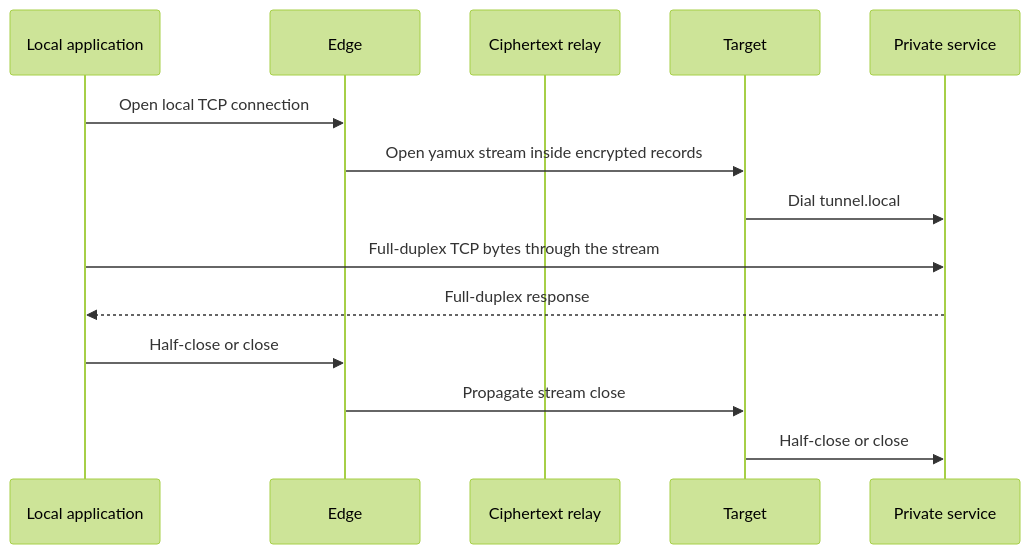
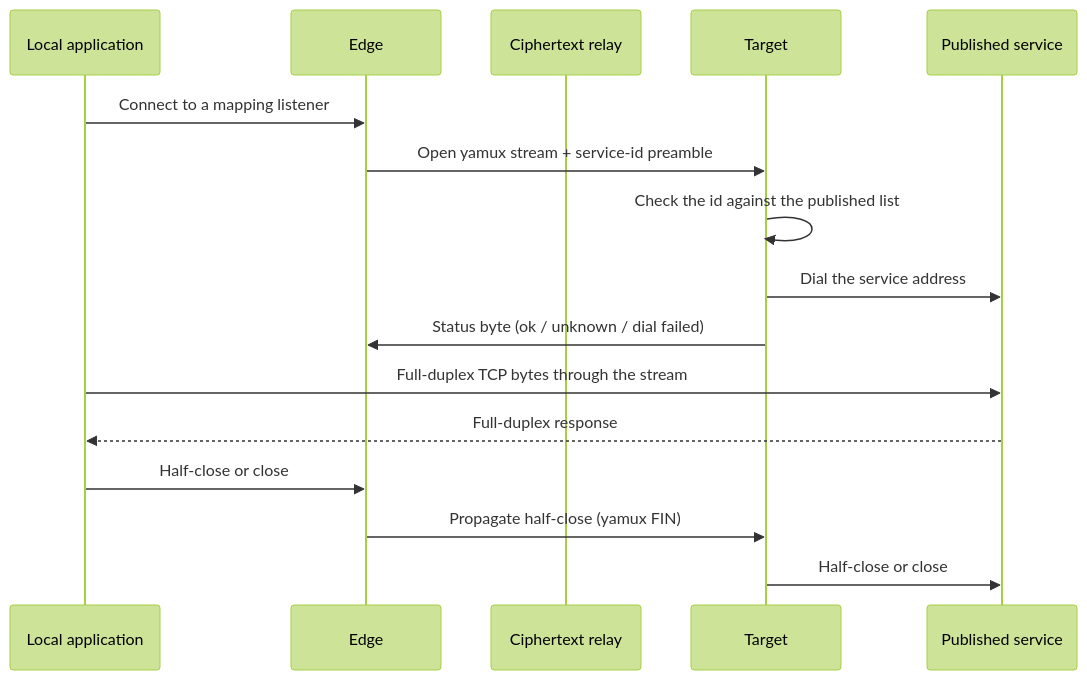
The fourth of 4 diagrams in docs/architecture.md (suifei/molex), drawn with Mermaid (forest theme) before and after one commit. The commit also changed other lines of this file and 71 other files, not shown here.

First line of the commit message:
Release MoleX v0.4.0 with the v2 token-group architecture.

````diff
--- a/docs/architecture.md
+++ b/docs/architecture.md
@@ -144,17 +144,19 @@
 ```mermaid
 sequenceDiagram
     participant A as Local application
     participant E as Edge
     participant R as Ciphertext relay
     participant T as Target
-    participant S as Private service
+    participant S as Published service
 
-    A->>E: Open local TCP connection
-    E->>T: Open yamux stream inside encrypted records
-    T->>S: Dial tunnel.local
+    A->>E: Connect to a mapping listener
+    E->>T: Open yamux stream + service-id preamble
+    T->>T: Check the id against the published list
+    T->>S: Dial the service address
+    T->>E: Status byte (ok / unknown / dial failed)
     A->>S: Full-duplex TCP bytes through the stream
     S-->>A: Full-duplex response
     A->>E: Half-close or close
-    E->>T: Propagate stream close
+    E->>T: Propagate half-close (yamux FIN)
     T->>S: Half-close or close
 ```
````
